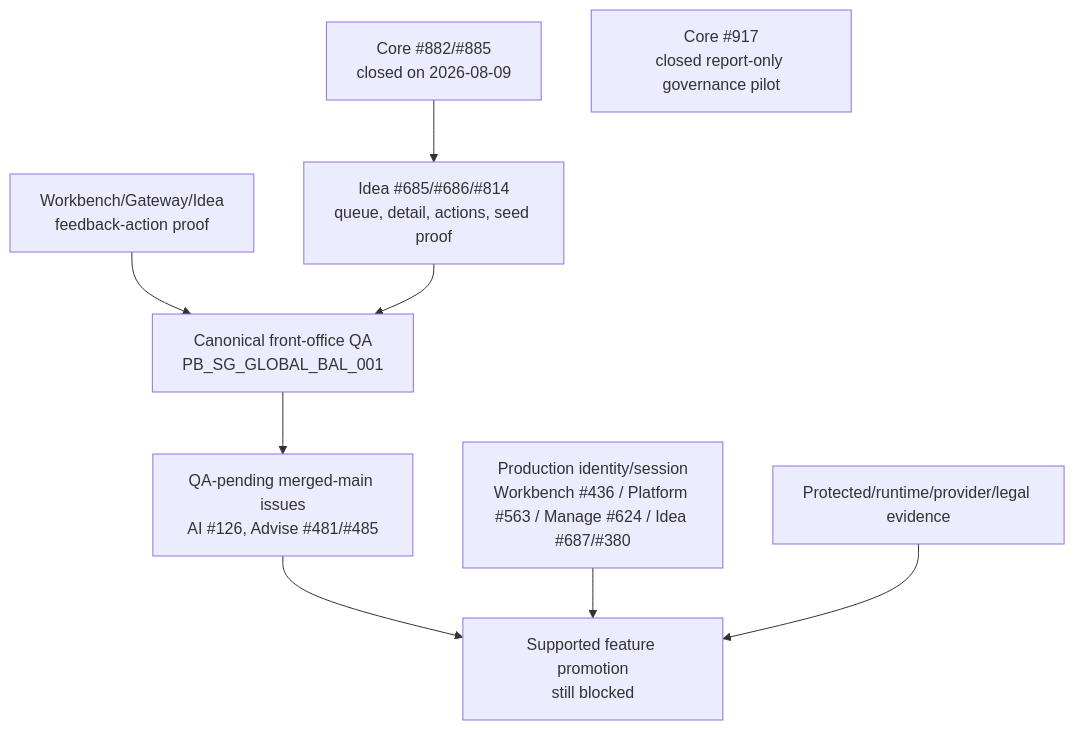
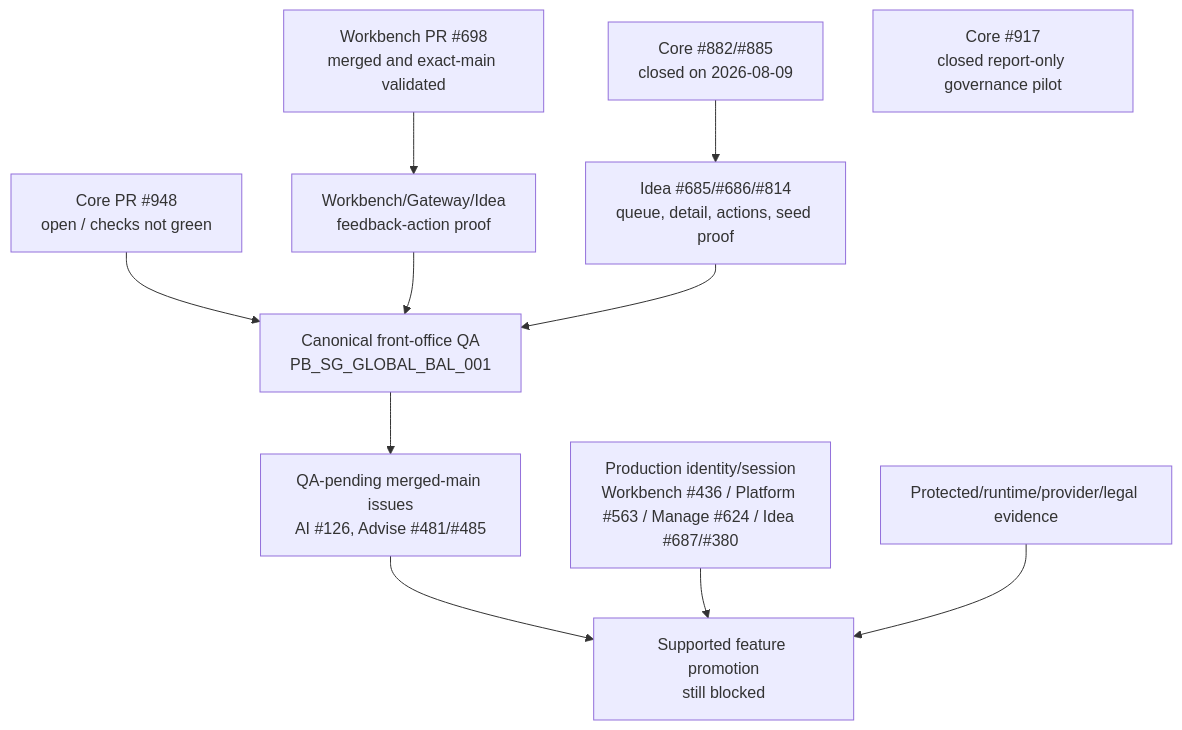
Before and after one commit to sgajbi/lotus-idea: the second of 2 diagrams in wiki/RFC-0002-Execution-Status.md, drawn with Mermaid. The commit also changed other lines of this file and 6 other files, not shown here.

````diff
--- a/wiki/RFC-0002-Execution-Status.md
+++ b/wiki/RFC-0002-Execution-Status.md
@@ -88,20 +92,24 @@
 ```mermaid
 flowchart TD
     CoreClosed["Core #882/#885<br/>closed on 2026-08-09"]
+    Core948["Core PR #948<br/>open / checks not green"]
+    Workbench698["Workbench PR #698<br/>merged and exact-main validated"]
     Feedback["Workbench/Gateway/Idea<br/>feedback-action proof"]
     CanonicalQA["Canonical front-office QA<br/>PB_SG_GLOBAL_BAL_001"]
     IdeaProof["Idea #685/#686/#814<br/>queue, detail, actions, seed proof"]
     Core917["Core #917<br/>closed report-only governance pilot"]
     QAPending["QA-pending merged-main issues<br/>AI #126, Advise #481/#485"]
     Support["Supported feature promotion<br/>still blocked"]
     Identity["Production identity/session<br/>Workbench #436 / Platform #563 / Manage #624 / Idea #687/#380"]
     Protected["Protected/runtime/provider/legal evidence"]
 
     CoreClosed --> IdeaProof
+    Core948 --> CanonicalQA
+    Workbench698 --> Feedback
     Feedback --> CanonicalQA
     IdeaProof --> CanonicalQA
     CanonicalQA --> QAPending
     QAPending --> Support
     Identity --> Support
     Protected --> Support
 ```
````
